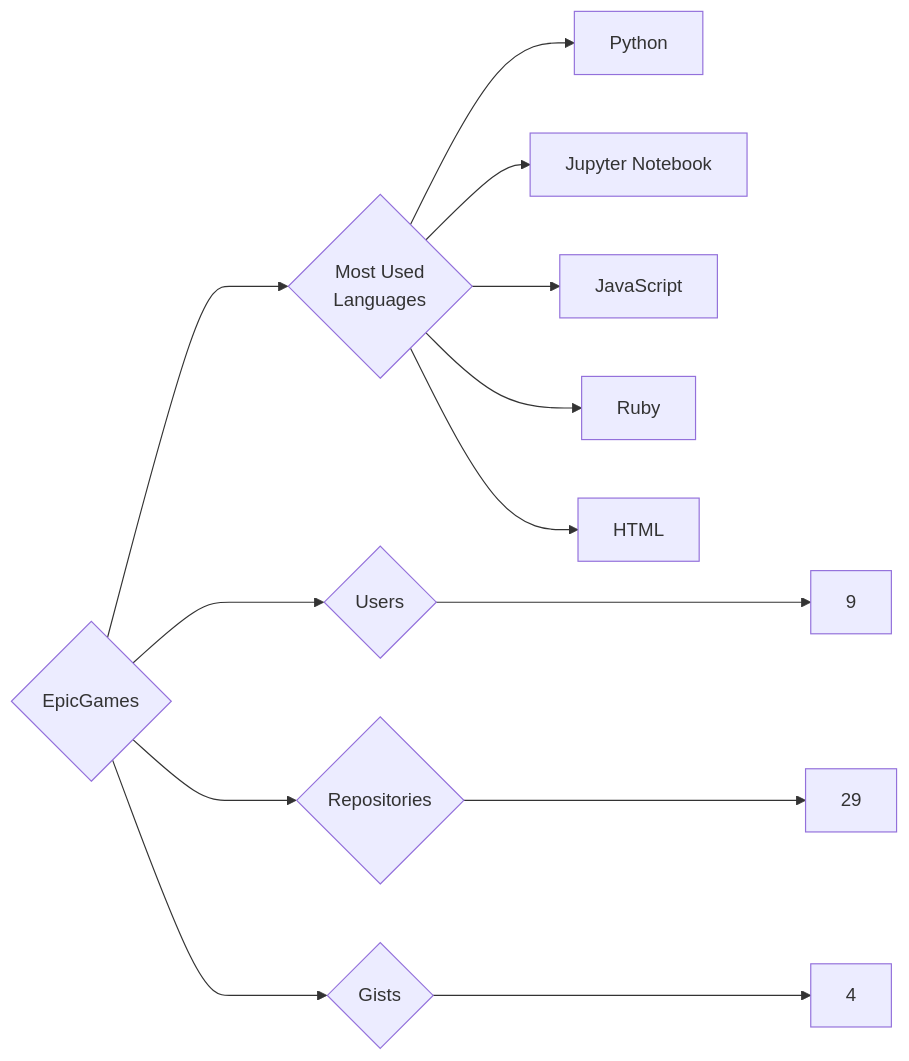
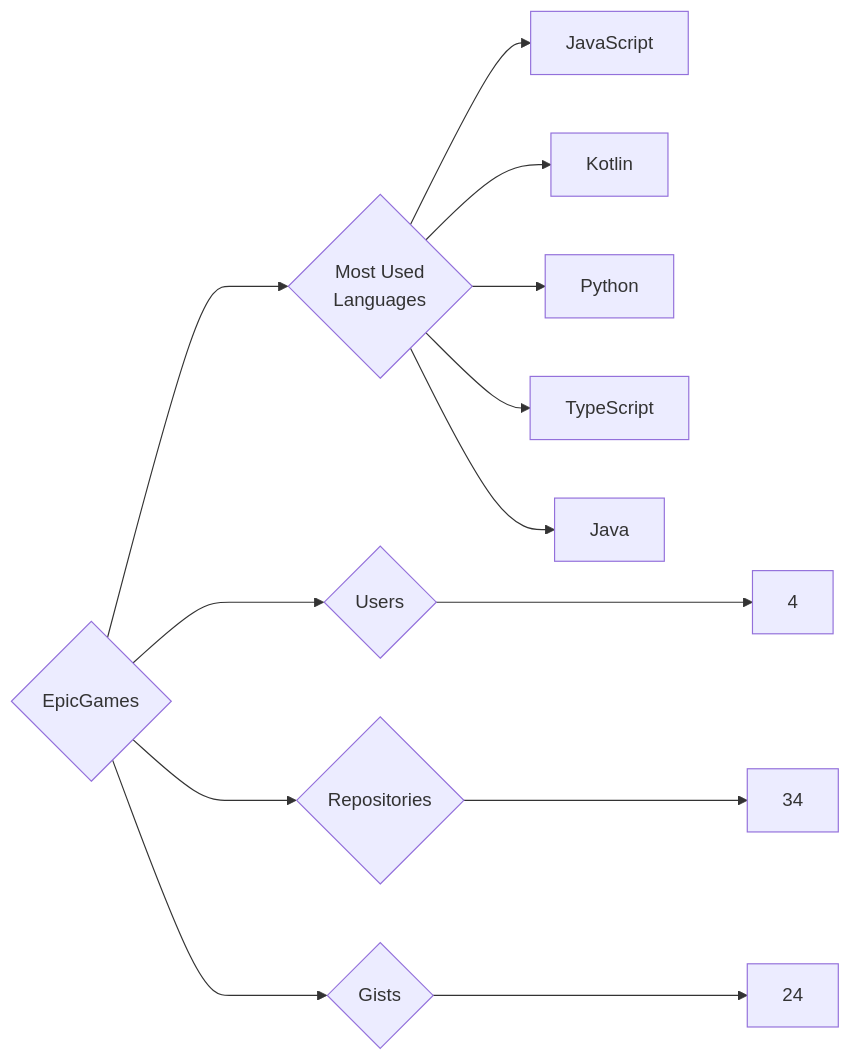
One commit to trickest/insiders changed the diagram in targets/EpicGames/README.md. Above: the diagram before and after it, drawn with Mermaid. The commit also changed 1149 other files, not shown here.

````diff
--- a/targets/EpicGames/README.md
+++ b/targets/EpicGames/README.md
@@ -3,13 +3,13 @@
 ```mermaid
 graph LR
 COMPANY_NAME{EpicGames}
-COMPANY_NAME ---> U{Users} ---> UN[9]
-COMPANY_NAME ---> R{Repositories} ---> RN[29]
-COMPANY_NAME ---> G{Gists} ---> GN[4]
+COMPANY_NAME ---> U{Users} ---> UN[4]
+COMPANY_NAME ---> R{Repositories} ---> RN[34]
+COMPANY_NAME ---> G{Gists} ---> GN[24]
 COMPANY_NAME ---> ML{Most Used<br>Languages}
+ML --> JavaScript[JavaScript]
+ML --> Kotlin[Kotlin]
 ML --> Python[Python]
-ML --> Jupyter_Notebook[Jupyter Notebook]
-ML --> JavaScript[JavaScript]
-ML --> Ruby[Ruby]
-ML --> HTML[HTML]
+ML --> TypeScript[TypeScript]
+ML --> Java[Java]
 ```
````
